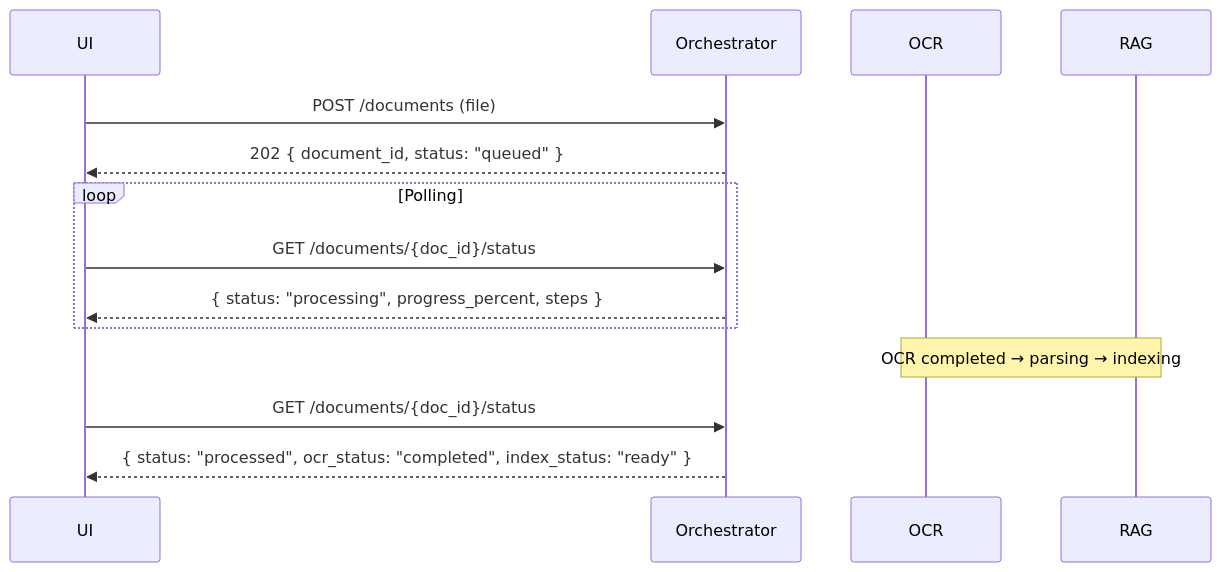
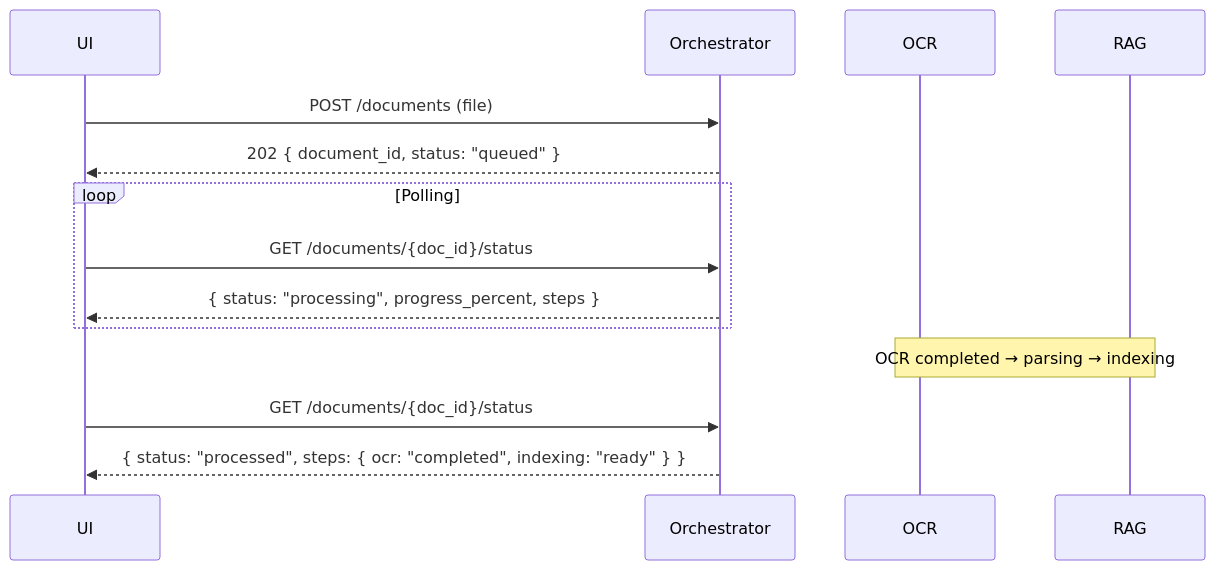
Before and after one commit to MasterKSAF/PKB: the diagram in docs/api/orchestrator_service_api.md, drawn with Mermaid. The commit also changed other lines of this file and 8 other files, not shown here.

````diff
--- a/docs/api/orchestrator_service_api.md
+++ b/docs/api/orchestrator_service_api.md
@@ -106,16 +77,16 @@
 ```mermaid
 sequenceDiagram
     participant UI
     participant Orchestrator
     participant OCR
     participant RAG
     UI->>Orchestrator: POST /documents (file)
     Orchestrator-->>UI: 202 { document_id, status: "queued" }
     loop Polling
         UI->>Orchestrator: GET /documents/{doc_id}/status
         Orchestrator-->>UI: { status: "processing", progress_percent, steps }
     end
     Note over OCR,RAG: OCR completed → parsing → indexing
     UI->>Orchestrator: GET /documents/{doc_id}/status
-    Orchestrator-->>UI: { status: "processed", ocr_status: "completed", index_status: "ready" }
+    Orchestrator-->>UI: { status: "processed", steps: { ocr: "completed", indexing: "ready" } }
 ```
````
